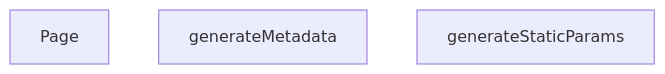
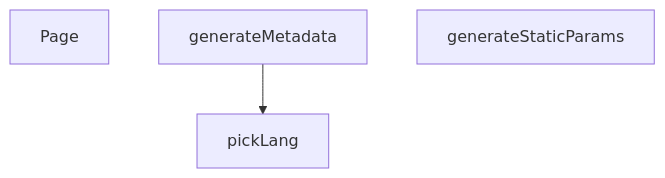
The diagram in src/app/[lang]/products/[slug]/page.md (peckop/venthub-hvac-esite), drawn with Mermaid before and after one commit. The commit also changed other lines of this file and 31 other files, not shown here.

````diff
--- a/src/app/[lang]/products/[slug]/page.md
+++ b/src/app/[lang]/products/[slug]/page.md
@@ -124,6 +153,8 @@
 ```mermaid
 graph TD
     page_tsx__Page["Page"]
     page_tsx__generateMetadata["generateMetadata"]
     page_tsx__generateStaticParams["generateStaticParams"]
+    page_tsx__pickLang["pickLang"]
+    page_tsx__generateMetadata --> page_tsx__pickLang
 ```
````
